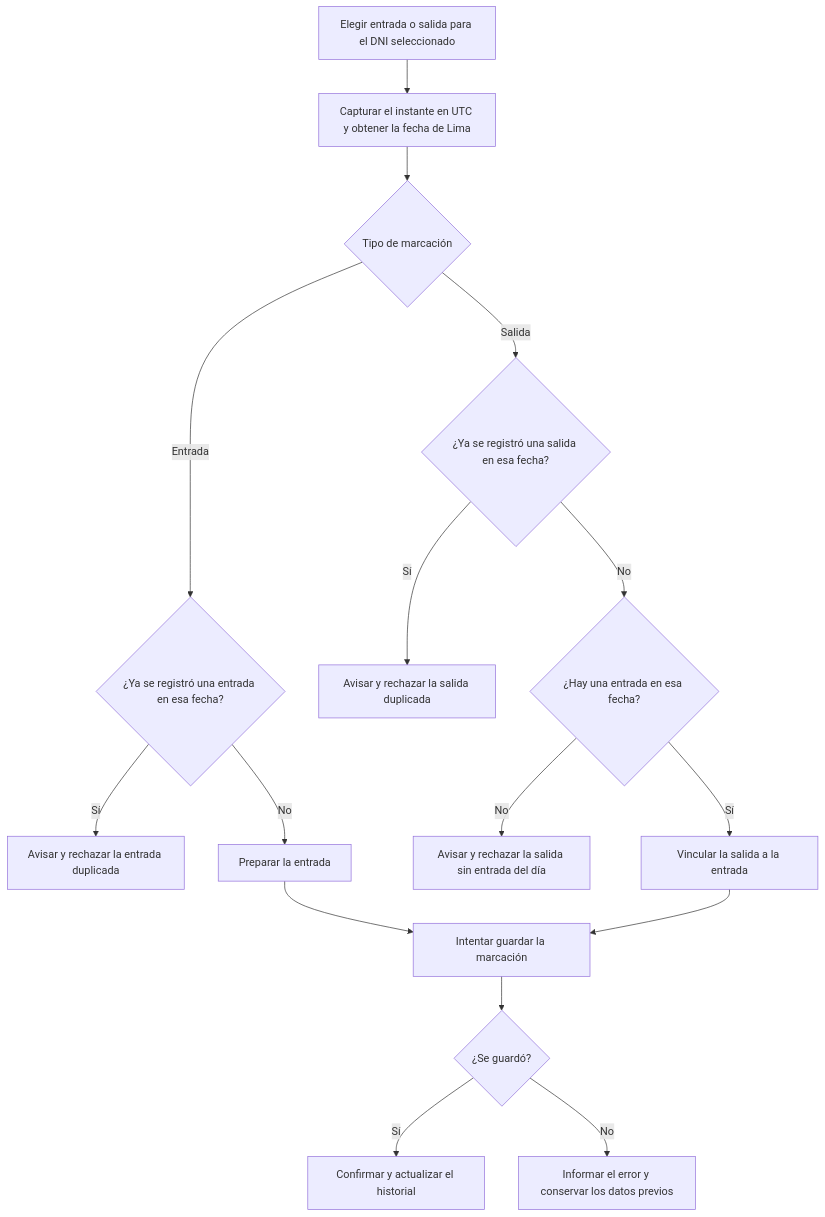
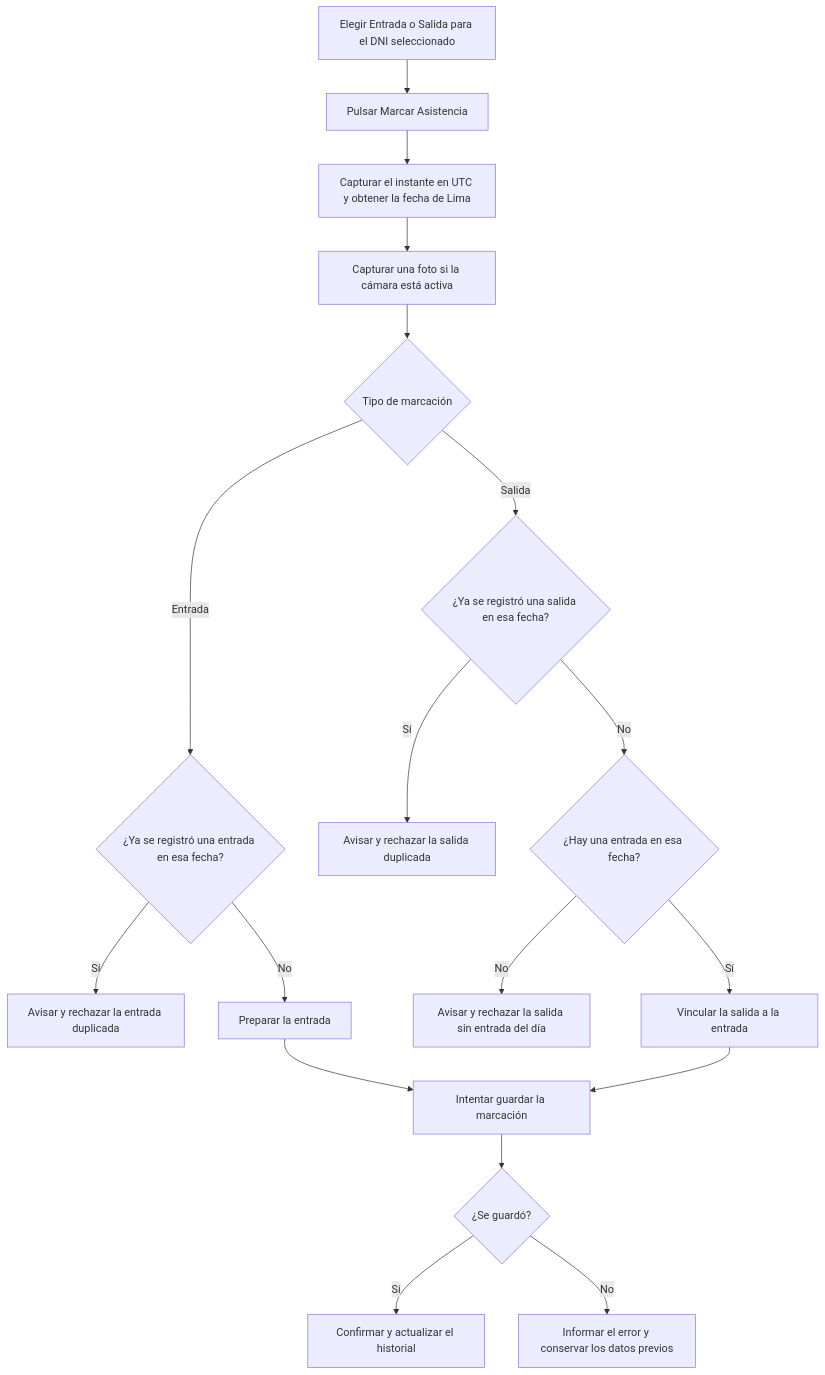
The fourth of 4 diagrams in docs/06-Arquitectura/Flujos.md (steveespinoza/Registro-de-Asistencia), drawn with Mermaid before and after one commit. The commit also changed other lines of this file and 37 other files, not shown here.

````diff
--- a/docs/06-Arquitectura/Flujos.md
+++ b/docs/06-Arquitectura/Flujos.md
@@ -56,18 +58,20 @@
 ```mermaid
 flowchart TD
-    A["Elegir entrada o salida para el DNI seleccionado"] --> B["Capturar el instante en UTC y obtener la fecha de Lima"]
-    B --> C{"Tipo de marcación"}
+    A["Elegir Entrada o Salida para el DNI seleccionado"] --> T["Pulsar Marcar Asistencia"]
+    T --> B["Capturar el instante en UTC y obtener la fecha de Lima"]
+    B --> P["Capturar una foto si la cámara está activa"]
+    P --> C{"Tipo de marcación"}
     C -->|Entrada| D{"¿Ya se registró una entrada en esa fecha?"}
     C -->|Salida| E{"¿Ya se registró una salida en esa fecha?"}
     D -->|Sí| F["Avisar y rechazar la entrada duplicada"]
     E -->|Sí| N["Avisar y rechazar la salida duplicada"]
     E -->|No| O{"¿Hay una entrada en esa fecha?"}
     O -->|No| G["Avisar y rechazar la salida sin entrada del día"]
     D -->|No| H["Preparar la entrada"]
     O -->|Sí| I["Vincular la salida a la entrada"]
     H --> J["Intentar guardar la marcación"]
     I --> J
     J --> K{"¿Se guardó?"}
     K -->|Sí| L["Confirmar y actualizar el historial"]
     K -->|No| M["Informar el error y conservar los datos previos"]
 ```
````
